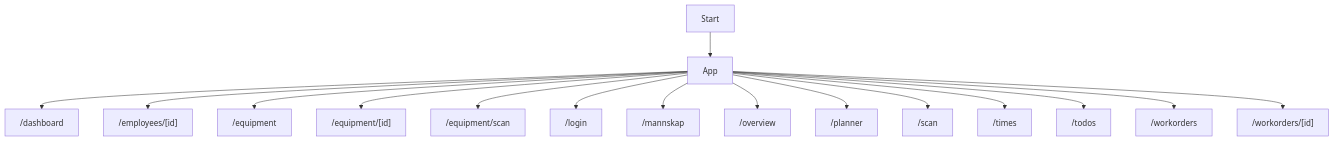
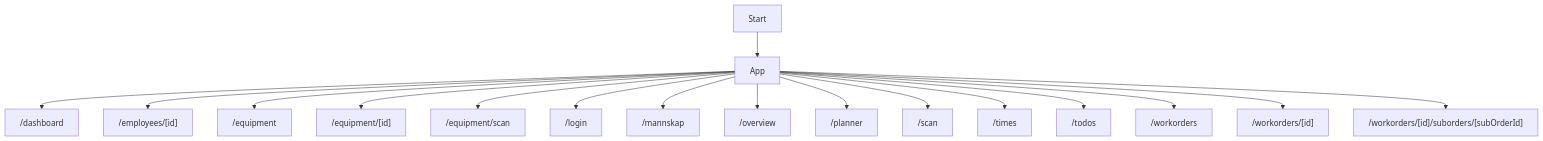
One commit to holakle/Arbeidsflytsportal changed the diagram in docs/flows/routes.generated.md. Above: the diagram before and after it, drawn with Mermaid. The commit also changed 10 other files, not shown here.

````diff
--- a/docs/flows/routes.generated.md
+++ b/docs/flows/routes.generated.md
@@ -3,18 +3,19 @@
 ```mermaid
 flowchart TD
   A[Start] --> B[App]
   B --> R0["/dashboard"];
   B --> R1["/employees/[id]"];
   B --> R2["/equipment"];
   B --> R3["/equipment/[id]"];
   B --> R4["/equipment/scan"];
   B --> R5["/login"];
   B --> R6["/mannskap"];
   B --> R7["/overview"];
   B --> R8["/planner"];
   B --> R9["/scan"];
   B --> R10["/times"];
   B --> R11["/todos"];
   B --> R12["/workorders"];
   B --> R13["/workorders/[id]"];
+  B --> R14["/workorders/[id]/suborders/[subOrderId]"];
 ```
````
